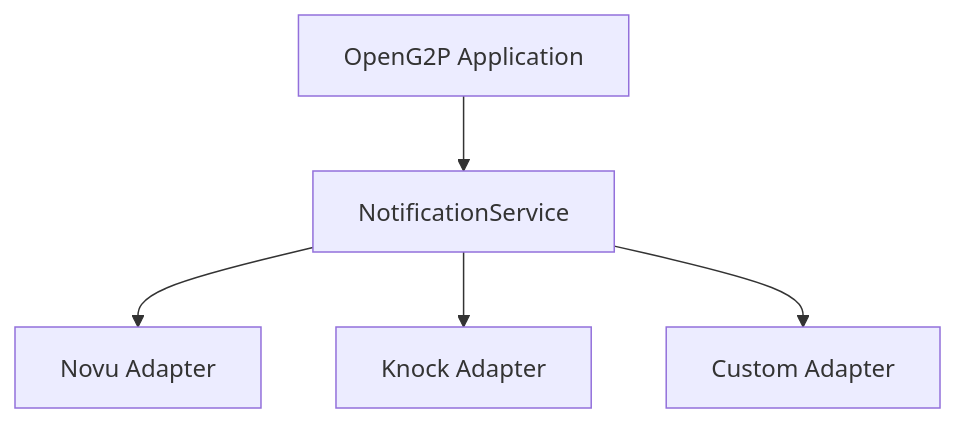
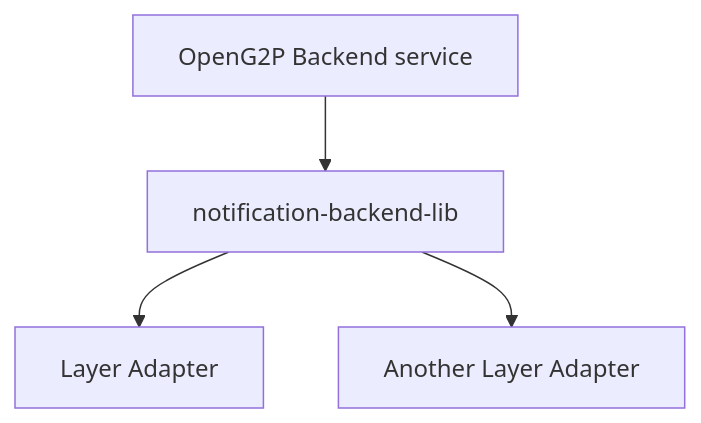
One commit to OpenG2P/openg2p-documentation changed the seventh of 9 diagrams in platform/platform-services/notification/notification-architecture.md. Above: the diagram before and after it, drawn with Mermaid. The commit also changed other lines of this file and 1 other file, not shown here.

Commit message:
G2P-5694 refactor: notification architecture design documentation

````diff
--- a/platform/platform-services/notification/notification-architecture.md
+++ b/platform/platform-services/notification/notification-architecture.md
@@ -415,11 +194,10 @@
 ```mermaid
 flowchart TB
-    App["OpenG2P Application"]
-    Service["NotificationService"]
+    App["OpenG2P Backend service"]
+    Lib["notification-backend-lib"]
 
-    App --> Service
+    App --> Lib
 
-    Service --> Novu["Novu Adapter"]
-    Service --> Knock["Knock Adapter"]
-    Service --> Custom["Custom Adapter"]
+    Lib --> AdapterA["Layer Adapter"]
+    Lib --> AdapterB["Another Layer Adapter"]
 ```
````
